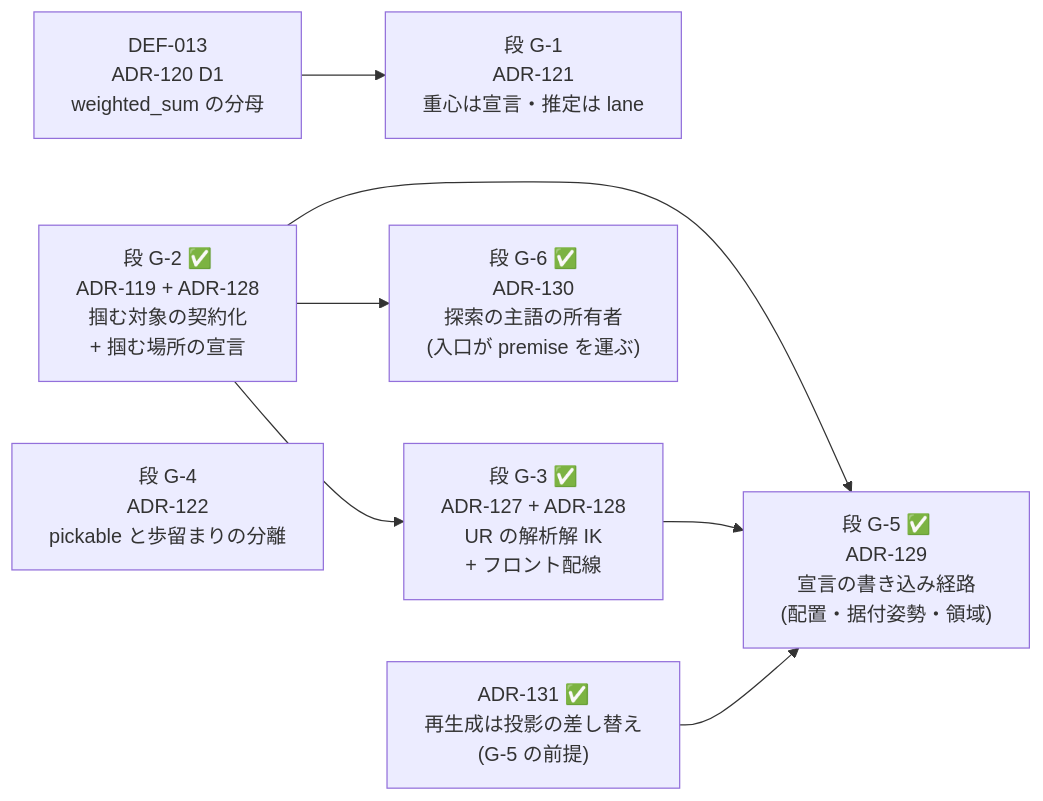
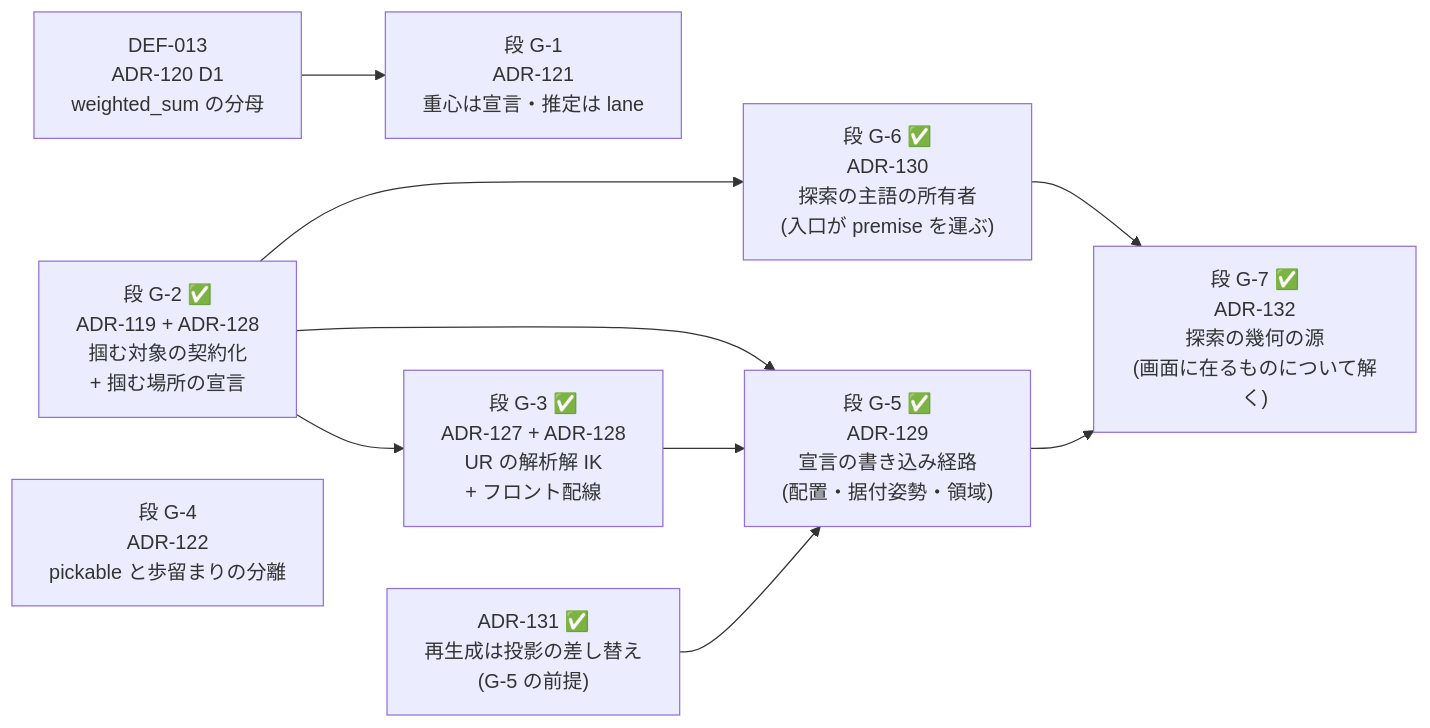
Before and after one commit to yuubae215/easy-extrude: the diagram in docs/grasp/implementation-order.md, drawn with Mermaid. The commit also changed other lines of this file and 20 other files, not shown here.

````diff
--- a/docs/grasp/implementation-order.md
+++ b/docs/grasp/implementation-order.md
@@ -27,15 +27,18 @@
 ```mermaid
 graph LR
   D13["DEF-013<br/>ADR-120 D1<br/>weighted_sum の分母"] --> S1
   S1["段 G-1<br/>ADR-121<br/>重心は宣言・推定は lane"]
   S2["段 G-2 ✅<br/>ADR-119 + ADR-128<br/>掴む対象の契約化<br/>+ 掴む場所の宣言"]
   S3["段 G-4<br/>ADR-122<br/>pickable と歩留まりの分離"]
   S2 --> S4
   S4["段 G-3 ✅<br/>ADR-127 + ADR-128<br/>UR の解析解 IK<br/>+ フロント配線"]
   S2 --> S5
   S4 --> S5
   S5["段 G-5 ✅<br/>ADR-129<br/>宣言の書き込み経路<br/>(配置・据付姿勢・領域)"]
   S2 --> S6
   S5P["ADR-131 ✅<br/>再生成は投影の差し替え<br/>(G-5 の前提)"] --> S5
   S6["段 G-6 ✅<br/>ADR-130<br/>探索の主語の所有者<br/>(入口が premise を運ぶ)"]
+  S6 --> S7
+  S5 --> S7
+  S7["段 G-7 ✅<br/>ADR-132<br/>探索の幾何の源<br/>(画面に在るものについて解く)"]
 ```
````
